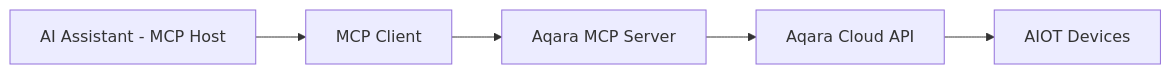
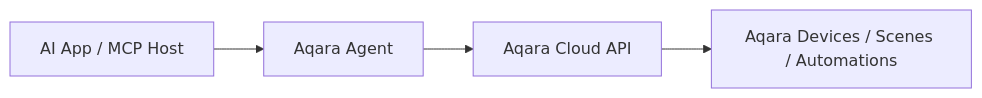
One commit to aqara/aqara-mcp-server changed the diagram in README.md. Above: the diagram before and after it, drawn with Mermaid. The commit also changed other lines of this file and 34 other files, not shown here.

Commit message:
[refactor] support Aqara Agent remote MCP integration

````diff
--- a/README.md
+++ b/README.md
@@ -84,7 +75,6 @@
 ```mermaid
 graph LR
-    A[AI Assistant - MCP Host] --> B[MCP Client]
-    B --> C[Aqara MCP Server]
-    C --> D[Aqara Cloud API]
-    D --> E[AIOT Devices]
+    A[AI App / MCP Host] --> B[Aqara Agent]
+    B --> C[Aqara Cloud API]
+    C --> D[Aqara Devices / Scenes / Automations]
 ```
````
